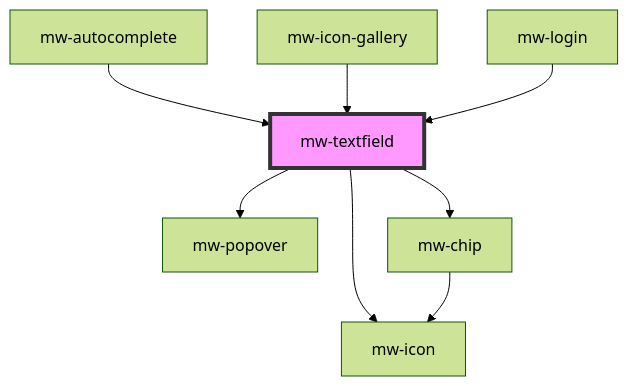
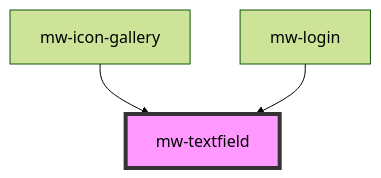
One commit to MaibornWolff/mwui changed the diagram in mwui-stencil/src/components/mw-textfield/readme.md. Above: the diagram before and after it, drawn with Mermaid (forest theme). The commit also changed other lines of this file and 25 other files, not shown here.

````diff
--- a/mwui-stencil/src/components/mw-textfield/readme.md
+++ b/mwui-stencil/src/components/mw-textfield/readme.md
@@ -46,11 +43,6 @@
 ```mermaid
 graph TD;
-  mw-textfield --> mw-popover
-  mw-textfield --> mw-chip
-  mw-textfield --> mw-icon
-  mw-chip --> mw-icon
-  mw-autocomplete --> mw-textfield
   mw-icon-gallery --> mw-textfield
   mw-login --> mw-textfield
   style mw-textfield fill:#f9f,stroke:#333,stroke-width:4px
 ```
````
